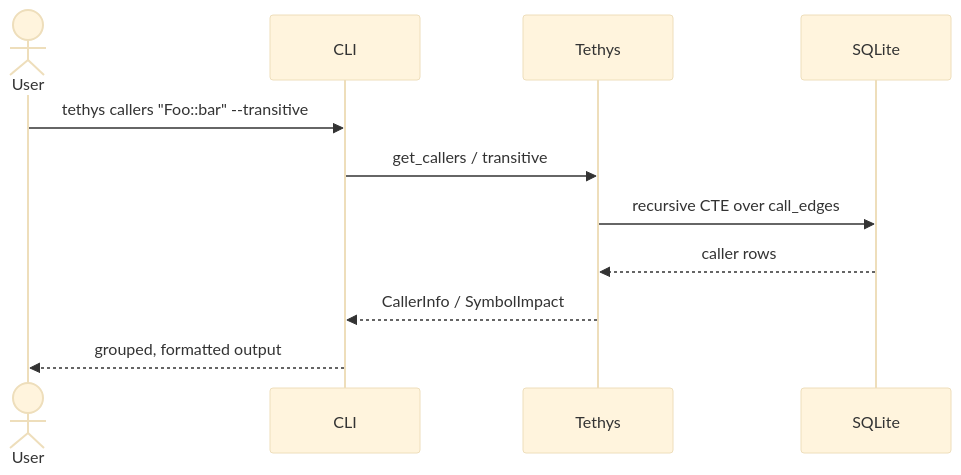
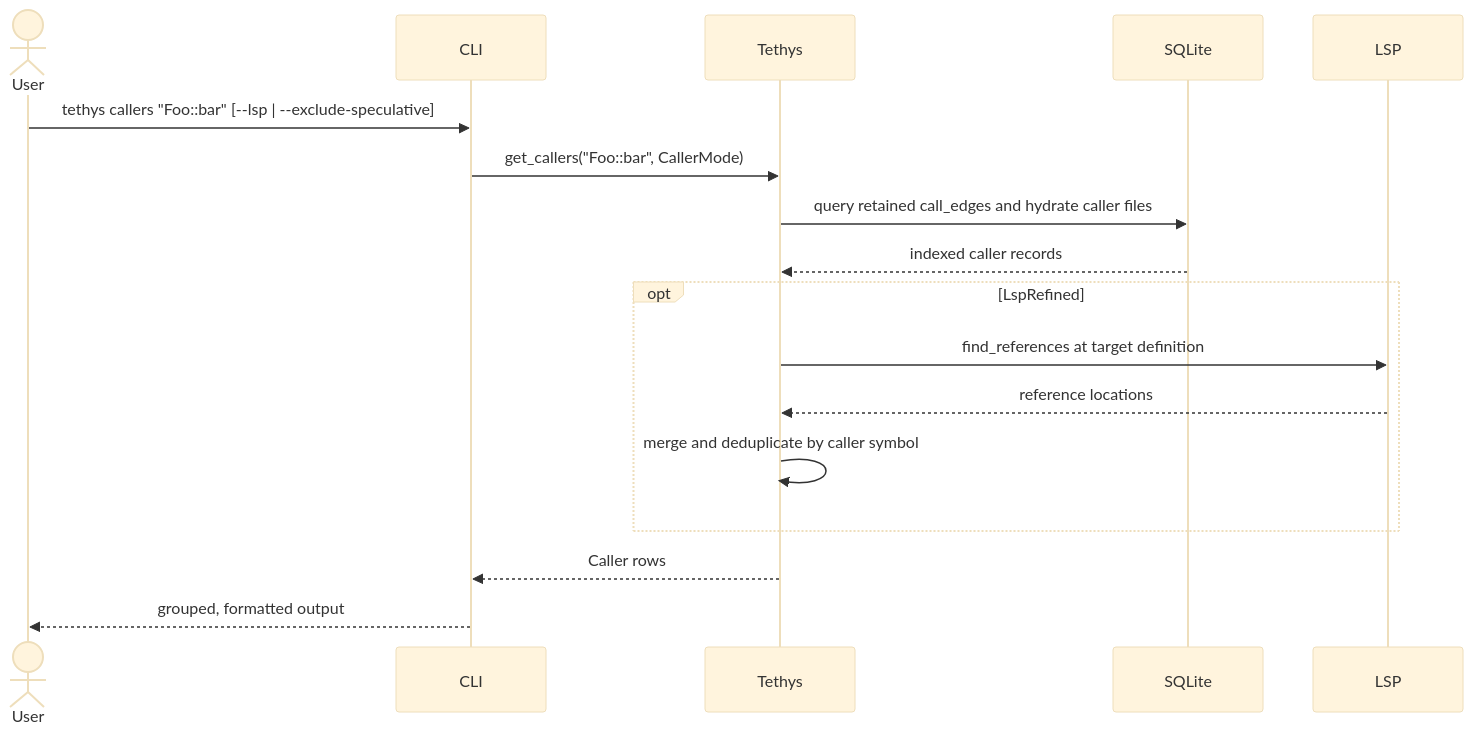
Before and after one commit to dwalleck/tethys: the fourth of 7 diagrams in .agents/summary/workflows.md, drawn with Mermaid (base theme). The commit also changed other lines of this file and 25 other files, not shown here.

Commit message:
feat(callers): expose explicit caller modes

````diff
--- a/.agents/summary/workflows.md
+++ b/.agents/summary/workflows.md
@@ -97,13 +97,19 @@
 ```mermaid
 sequenceDiagram
     actor User
     participant CLI
     participant Tethys
     participant DB as SQLite
-    User->>CLI: tethys callers "Foo::bar" --transitive
-    CLI->>Tethys: get_callers / transitive
-    Tethys->>DB: recursive CTE over call_edges
-    DB-->>Tethys: caller rows
-    Tethys-->>CLI: CallerInfo / SymbolImpact
+    participant LSP
+    User->>CLI: tethys callers "Foo::bar" [--lsp | --exclude-speculative]
+    CLI->>Tethys: get_callers("Foo::bar", CallerMode)
+    Tethys->>DB: query retained call_edges and hydrate caller files
+    DB-->>Tethys: indexed caller records
+    opt LspRefined
+        Tethys->>LSP: find_references at target definition
+        LSP-->>Tethys: reference locations
+        Tethys->>Tethys: merge and deduplicate by caller symbol
+    end
+    Tethys-->>CLI: Caller rows
     CLI-->>User: grouped, formatted output
 ```
````
